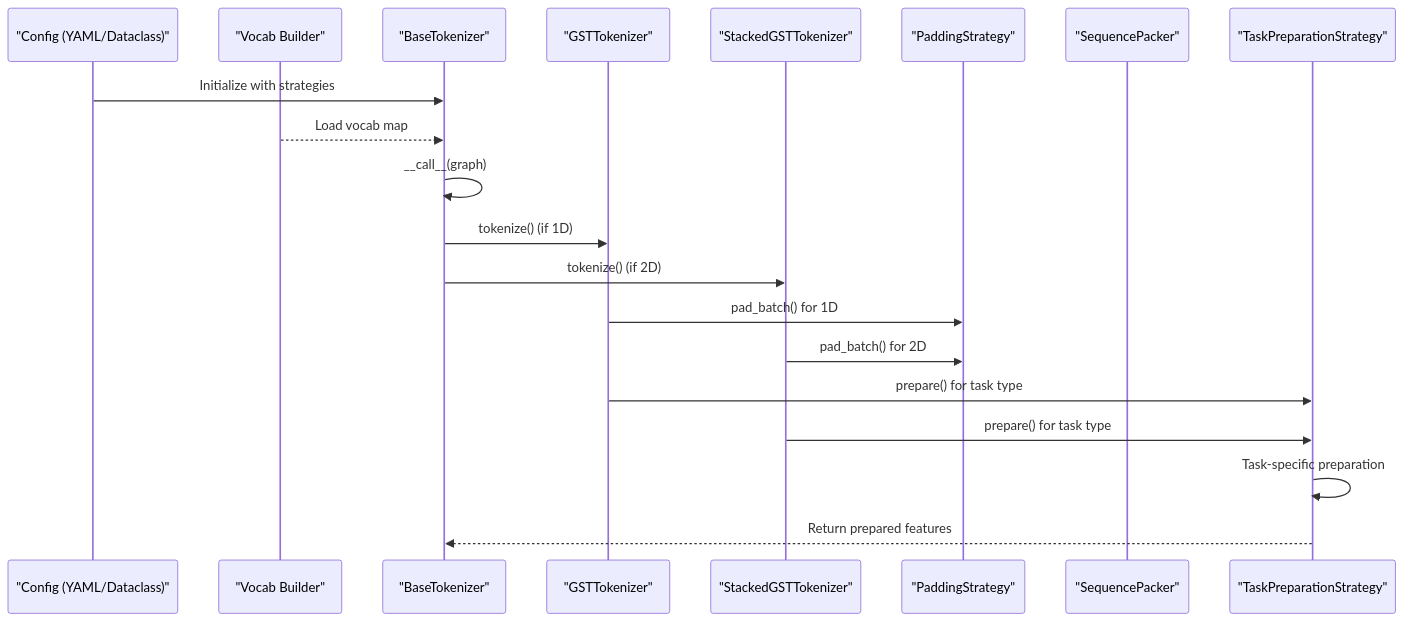
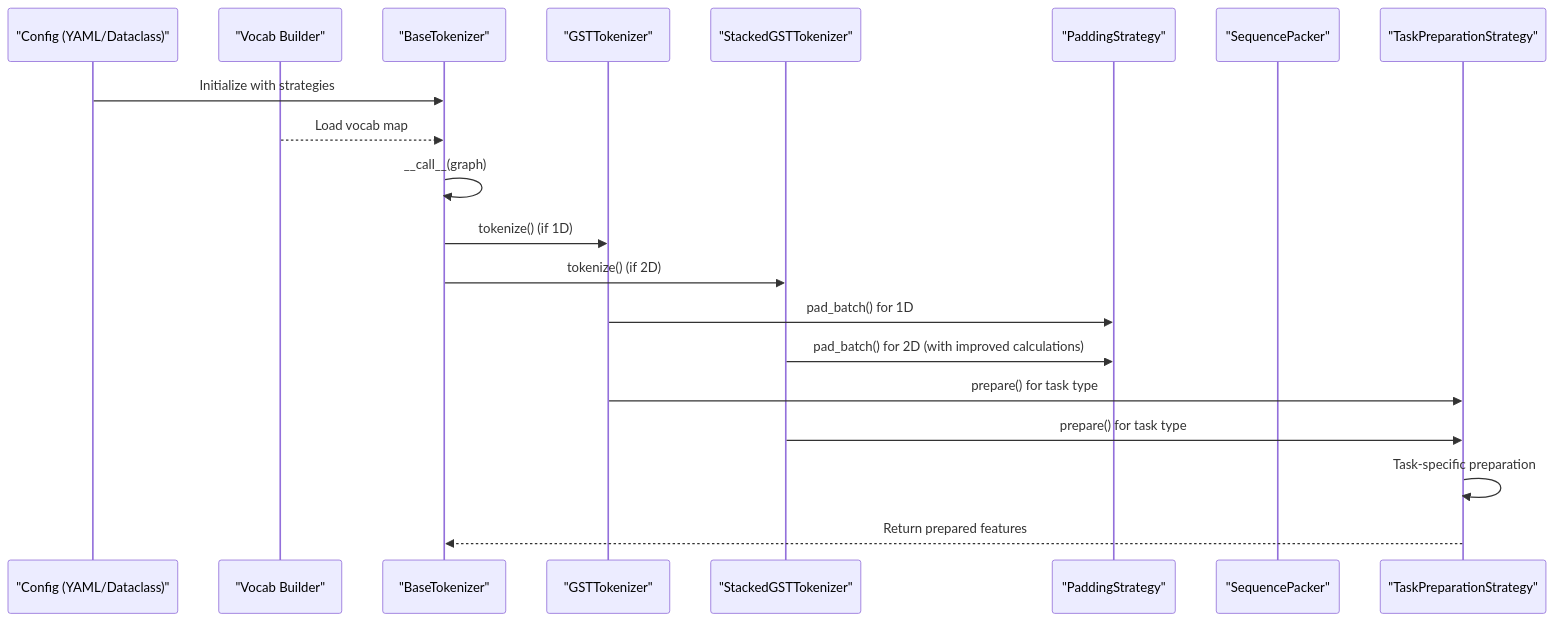
Before and after one commit to alibaba/graph-gpt: the second of 6 diagrams in .qoder/repowiki/en/content/Utility Functions/Tokenization Support.md, drawn with Mermaid. The commit also changed other lines of this file and 7 other files, not shown here.

Commit message:
update graph-lvl bash files

````diff
--- a/.qoder/repowiki/en/content/Utility Functions/Tokenization Support.md
+++ b/.qoder/repowiki/en/content/Utility Functions/Tokenization Support.md
@@ -174,22 +174,22 @@
 ```mermaid
 sequenceDiagram
 participant CFG as "Config (YAML/Dataclass)"
 participant VB as "Vocab Builder"
 participant BT as "BaseTokenizer"
 participant GST as "GSTTokenizer"
 participant SGT as "StackedGSTTokenizer"
 participant PAD as "PaddingStrategy"
 participant PACK as "SequencePacker"
 participant TP as "TaskPreparationStrategy"
 CFG->>BT : Initialize with strategies
 VB-->>BT : Load vocab map
 BT->>BT : __call__(graph)
 BT->>GST : tokenize() (if 1D)
 BT->>SGT : tokenize() (if 2D)
 GST->>PAD : pad_batch() for 1D
-SGT->>PAD : pad_batch() for 2D
+SGT->>PAD : pad_batch() for 2D (with improved calculations)
 GST->>TP : prepare() for task type
 SGT->>TP : prepare() for task type
 TP->>TP : Task-specific preparation
 TP-->>BT : Return prepared features
 ```
````
